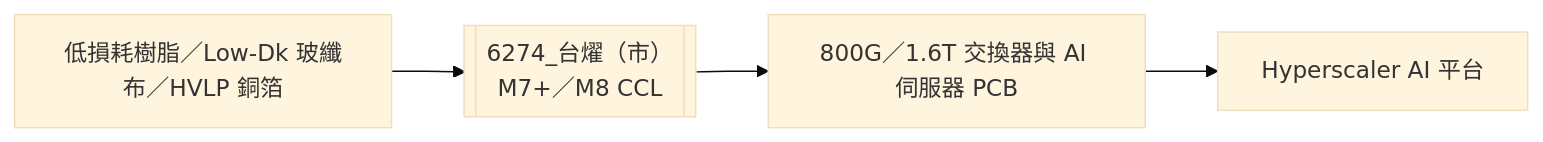
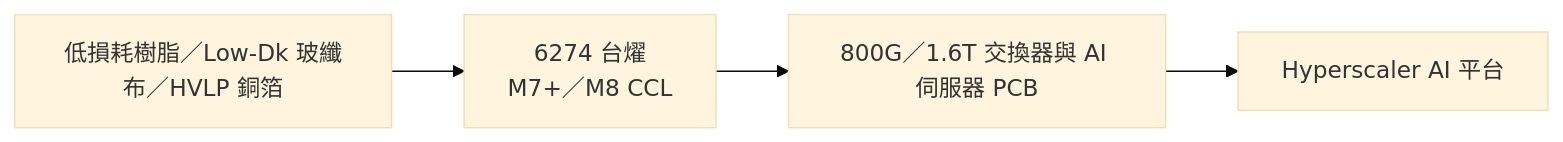
One commit to kevn950324/wiki_Stockv2 changed the diagram in content/lib/1.company/TW/6274_台燿（市）.md. Above: the diagram before and after it, drawn with Mermaid (base theme). The commit also changed other lines of this file and 108 other files, not shown here.

````diff
--- a/content/lib/1.company/TW/6274_台燿（市）.md
+++ b/content/lib/1.company/TW/6274_台燿（市）.md
@@ -44,6 +44,6 @@
 ```mermaid
 flowchart LR
-    M[低損耗樹脂／Low-Dk 玻纖布／HVLP 銅箔] --> C[[6274_台燿（市）<br/>M7+／M8 CCL]]
+    M[低損耗樹脂／Low-Dk 玻纖布／HVLP 銅箔] --> C[6274 台燿<br/>M7+／M8 CCL]
     C --> P[800G／1.6T 交換器與 AI 伺服器 PCB]
     P --> H[Hyperscaler AI 平台]
 ```
````
